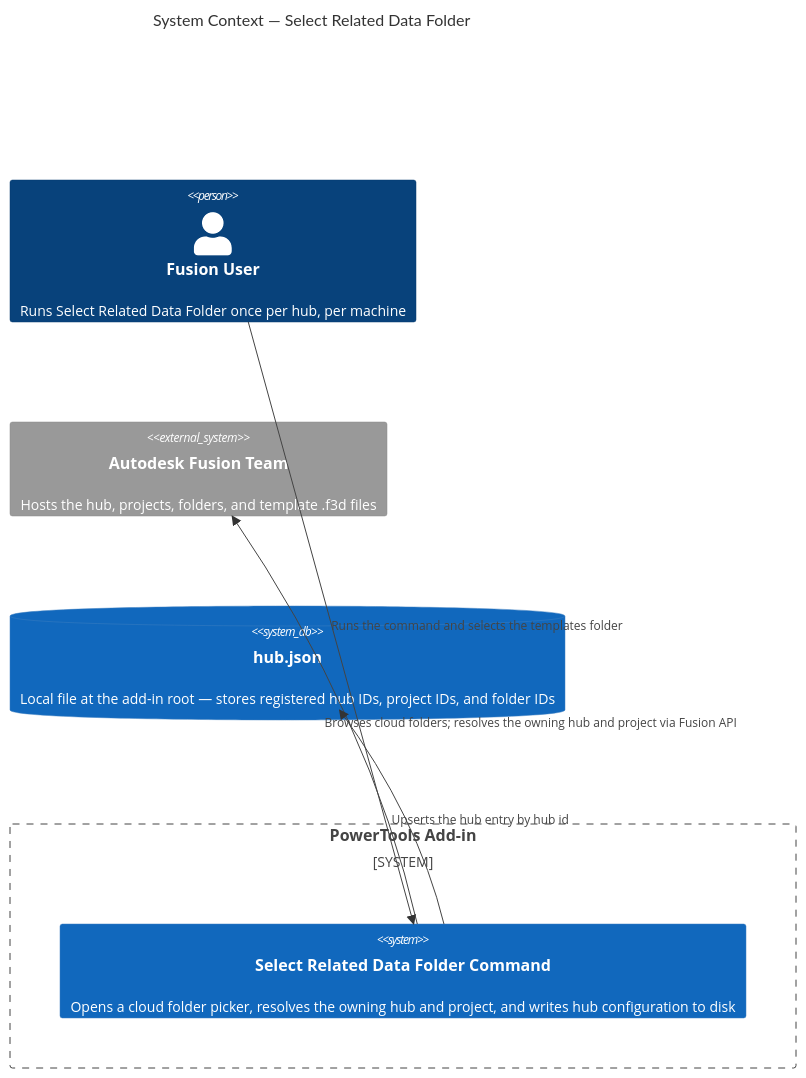
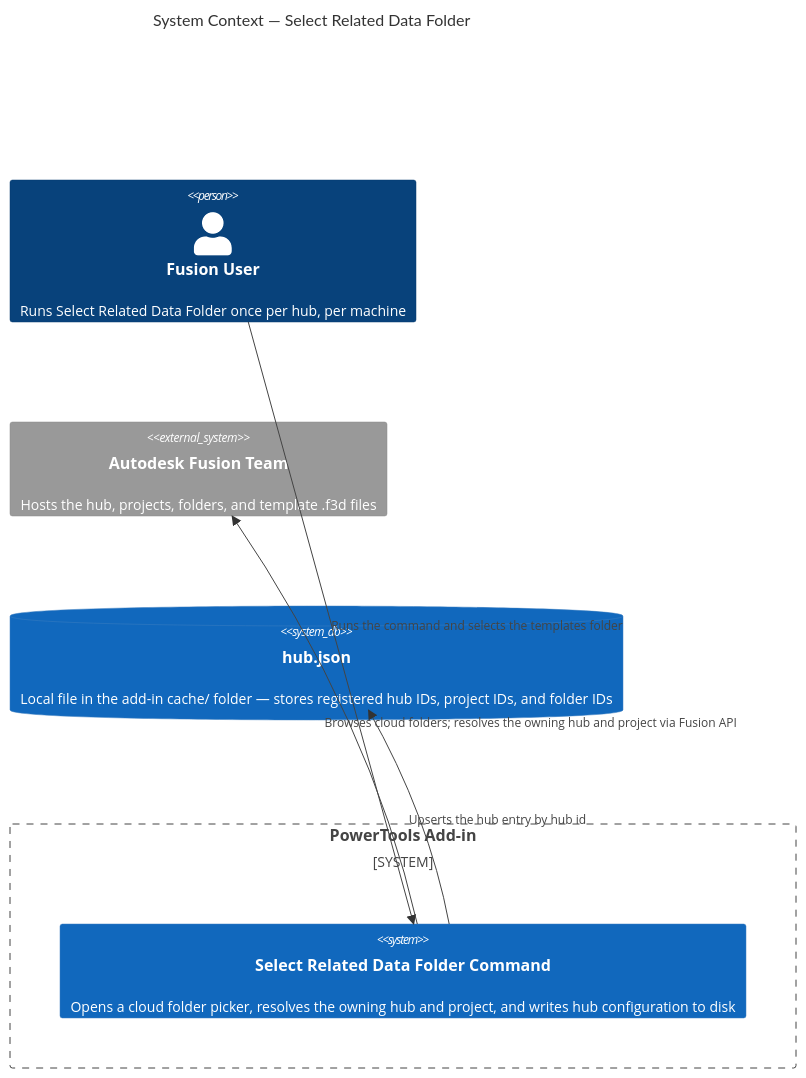
The first of 2 diagrams in docs/arch/Select Related Data Folder.md (schneik80/PowerTools), drawn with Mermaid before and after one commit. The commit also changed other lines of this file and 6 other files, not shown here.

Commit message:
Clean up hub json location, it was left in hub root.

````diff
--- a/docs/arch/Select Related Data Folder.md
+++ b/docs/arch/Select Related Data Folder.md
@@ -20,17 +20,17 @@
 ```mermaid
 C4Context
   title System Context — Select Related Data Folder
 
   Person(user, "Fusion User", "Runs Select Related Data Folder once per hub, per machine")
 
   System_Boundary(addin, "PowerTools Add-in") {
     System(configHub, "Select Related Data Folder Command", "Opens a cloud folder picker, resolves the owning hub and project, and writes hub configuration to disk")
   }
 
   System_Ext(fusionTeam, "Autodesk Fusion Team", "Hosts the hub, projects, folders, and template .f3d files")
-  SystemDb(hubJson, "hub.json", "Local file at the add-in root — stores registered hub IDs, project IDs, and folder IDs")
+  SystemDb(hubJson, "hub.json", "Local file in the add-in cache/ folder — stores registered hub IDs, project IDs, and folder IDs")
 
   Rel(user, configHub, "Runs the command and selects the templates folder")
   Rel(configHub, fusionTeam, "Browses cloud folders; resolves the owning hub and project via Fusion API")
   Rel(configHub, hubJson, "Upserts the hub entry by hub id")
 ```
````
